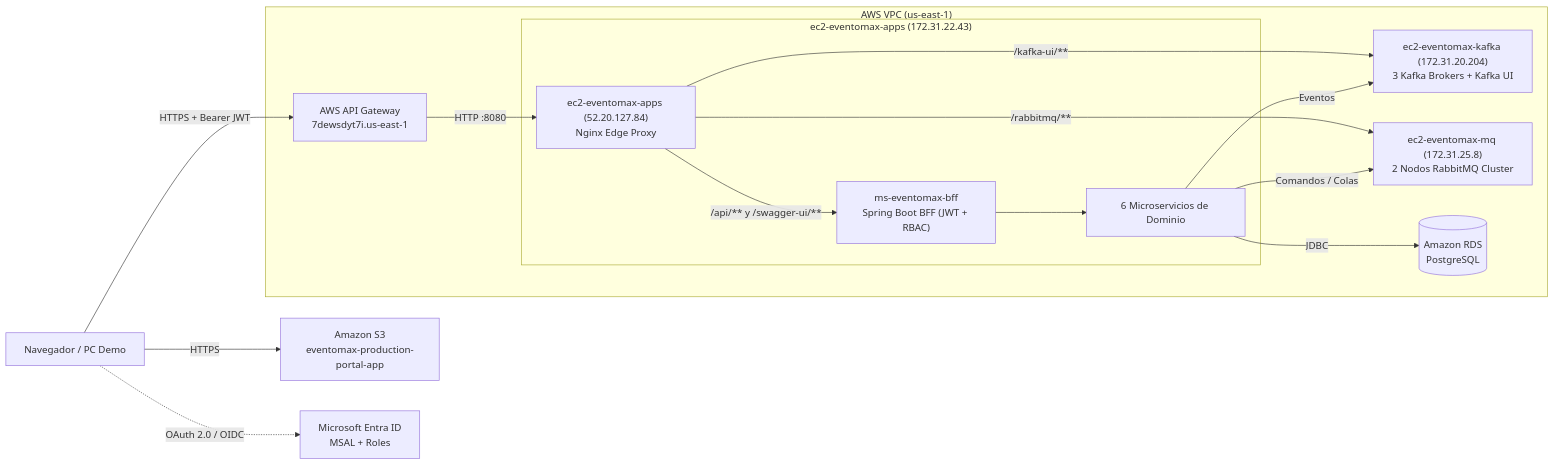
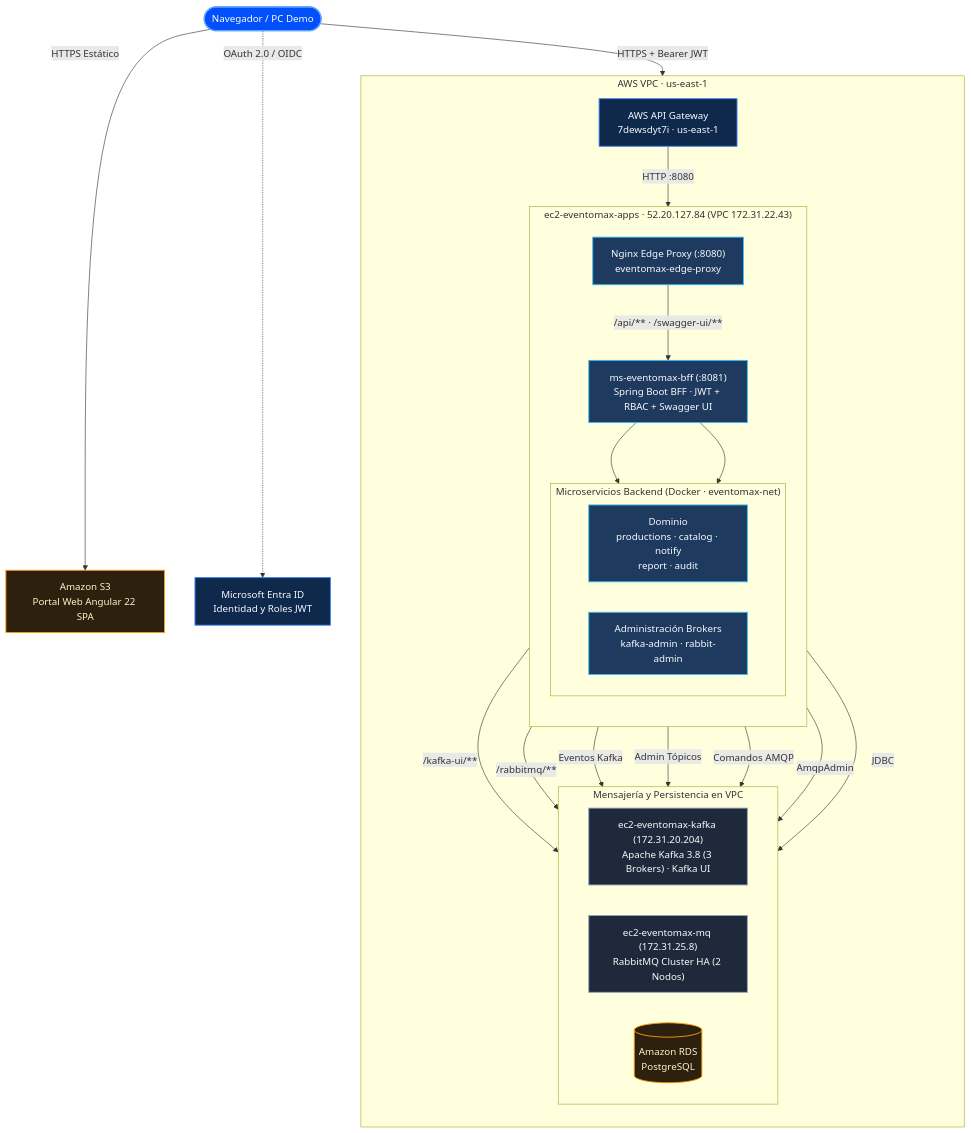
The diagram in README.md (Nachovn12/frontend-eventomax), drawn with Mermaid before and after one commit.

Commit message:
docs(readme): upgrade Mermaid topology to vertical color-coded architecture with accurate 7 backend services

````diff
--- a/README.md
+++ b/README.md
@@ -103,22 +103,57 @@
 ```mermaid
-flowchart LR
-    User["Navegador / PC Demo"] -->|HTTPS| S3["Amazon S3<br/>eventomax-production-portal-app"]
-    User -->|HTTPS + Bearer JWT| APIGW["AWS API Gateway<br/>7dewsdyt7i.us-east-1"]
-    User -.->|OAuth 2.0 / OIDC| Entra["Microsoft Entra ID<br/>MSAL + Roles"]
+flowchart TB
+    User(["Navegador / PC Demo"])
 
-    subgraph VPC["AWS VPC (us-east-1)"]
-        APIGW -->|HTTP :8080| Proxy["ec2-eventomax-apps (52.20.127.84)<br/>Nginx Edge Proxy"]
+    User -->|"HTTPS Estático"| S3["Amazon S3<br/>Portal Web Angular 22 SPA"]
+    User -.->|"OAuth 2.0 / OIDC"| Entra["Microsoft Entra ID<br/>Identidad y Roles JWT"]
+    User -->|"HTTPS + Bearer JWT"| APIGW["AWS API Gateway<br/>7dewsdyt7i · us-east-1"]
 
-        subgraph AppsEC2["ec2-eventomax-apps (172.31.22.43)"]
-            Proxy -->|/api/** y /swagger-ui/**| BFF["ms-eventomax-bff<br/>Spring Boot BFF (JWT + RBAC)"]
-            BFF --> MS["6 Microservicios de Dominio"]
+    subgraph VPC["AWS VPC · us-east-1"]
+        direction TB
+
+        subgraph AppsEC2["ec2-eventomax-apps · 52.20.127.84 (VPC 172.31.22.43)"]
+            direction TB
+            Proxy["Nginx Edge Proxy (:8080)<br/>eventomax-edge-proxy"]
+            BFF["ms-eventomax-bff (:8081)<br/>Spring Boot BFF · JWT + RBAC + Swagger UI"]
+
+            subgraph Services["Microservicios Backend (Docker · eventomax-net)"]
+                direction LR
+                MS["Dominio<br/>productions · catalog · notify<br/>report · audit"]
+                ADM["Administración Brokers<br/>kafka-admin · rabbit-admin"]
+            end
+
+            Proxy -->|"/api/** · /swagger-ui/**"| BFF
+            BFF --> MS
+            BFF --> ADM
         end
 
-        Proxy -->|/kafka-ui/**| KafkaNode["ec2-eventomax-kafka (172.31.20.204)<br/>3 Kafka Brokers + Kafka UI"]
-        Proxy -->|/rabbitmq/**| MQNode["ec2-eventomax-mq (172.31.25.8)<br/>2 Nodos RabbitMQ Cluster"]
+        APIGW -->|"HTTP :8080"| Proxy
 
-        MS -->|Eventos| KafkaNode
-        MS -->|Comandos / Colas| MQNode
-        MS -->|JDBC| RDS[("Amazon RDS<br/>PostgreSQL")]
+        subgraph DataPlane["Mensajería y Persistencia en VPC"]
+            direction LR
+            KafkaEC2["ec2-eventomax-kafka (172.31.20.204)<br/>Apache Kafka 3.8 (3 Brokers) · Kafka UI"]
+            MQEC2["ec2-eventomax-mq (172.31.25.8)<br/>RabbitMQ Cluster HA (2 Nodos)"]
+            RDS[("Amazon RDS<br/>PostgreSQL")]
+        end
+
+        Proxy -->|"/kafka-ui/**"| KafkaEC2
+        Proxy -->|"/rabbitmq/**"| MQEC2
+        MS -->|"Eventos Kafka"| KafkaEC2
+        ADM -->|"Admin Tópicos"| KafkaEC2
+        MS -->|"Comandos AMQP"| MQEC2
+        ADM -->|"AmqpAdmin"| MQEC2
+        MS -->|"JDBC"| RDS
     end
+
+    classDef client fill:#024ffc,stroke:#60a5fa,stroke-width:2px,color:#ffffff;
+    classDef edge fill:#0f294d,stroke:#3b82f6,stroke-width:1.5px,color:#f8fafc;
+    classDef app fill:#1e3a5f,stroke:#38bdf8,stroke-width:1.5px,color:#f8fafc;
+    classDef infra fill:#1e293b,stroke:#94a3b8,stroke-width:1.5px,color:#f8fafc;
+    classDef aws fill:#2d200f,stroke:#f59e0b,stroke-width:1.5px,color:#fef3c7;
+
+    class User client;
+    class Entra,APIGW edge;
+    class S3,RDS aws;
+    class Proxy,BFF,MS,ADM app;
+    class KafkaEC2,MQEC2 infra;
 ```
````
